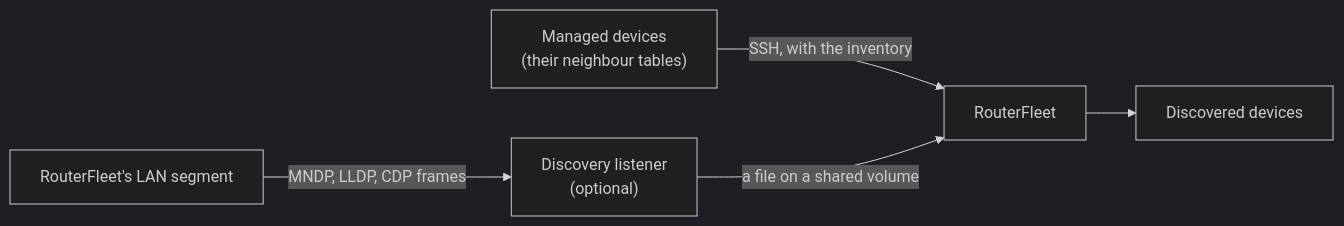
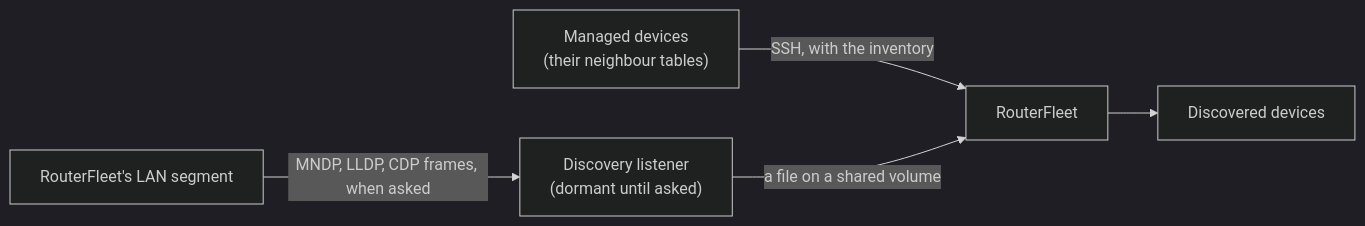
Before and after one commit to alessiobravi/routerfleet_improved: the diagram in docs/discovery.md, drawn with Mermaid (dark theme). The commit also changed other lines of this file and 20 other files, not shown here.

Commit message:
0.36.0: Discover adjacent devices (dormant listener, three-minute window); Huawei CDP, Junos LLDP details, lldpd CDP, Ubiquiti discovery

````diff
--- a/docs/discovery.md
+++ b/docs/discovery.md
@@ -10,7 +10,7 @@
 ```mermaid
 flowchart LR
     managed["Managed devices<br/>(their neighbour tables)"] -- "SSH, with the inventory" --> app["RouterFleet"]
-    lan["RouterFleet's LAN segment"] -- "MNDP, LLDP, CDP frames" --> listener["Discovery listener<br/>(optional)"]
+    lan["RouterFleet's LAN segment"] -- "MNDP, LLDP, CDP frames, when asked" --> listener["Discovery listener<br/>(dormant until asked)"]
     listener -- "a file on a shared volume" --> app
     app --> page["Discovered devices"]
 ```
````
